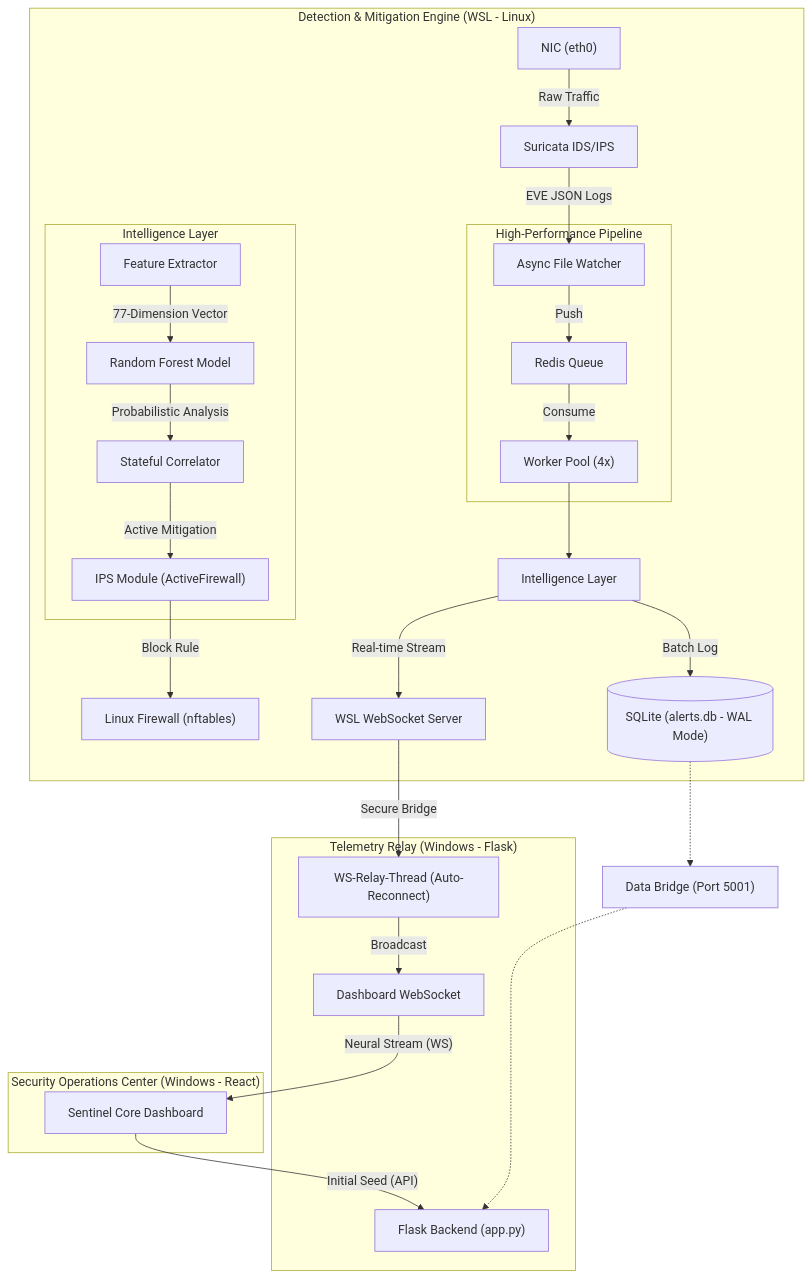
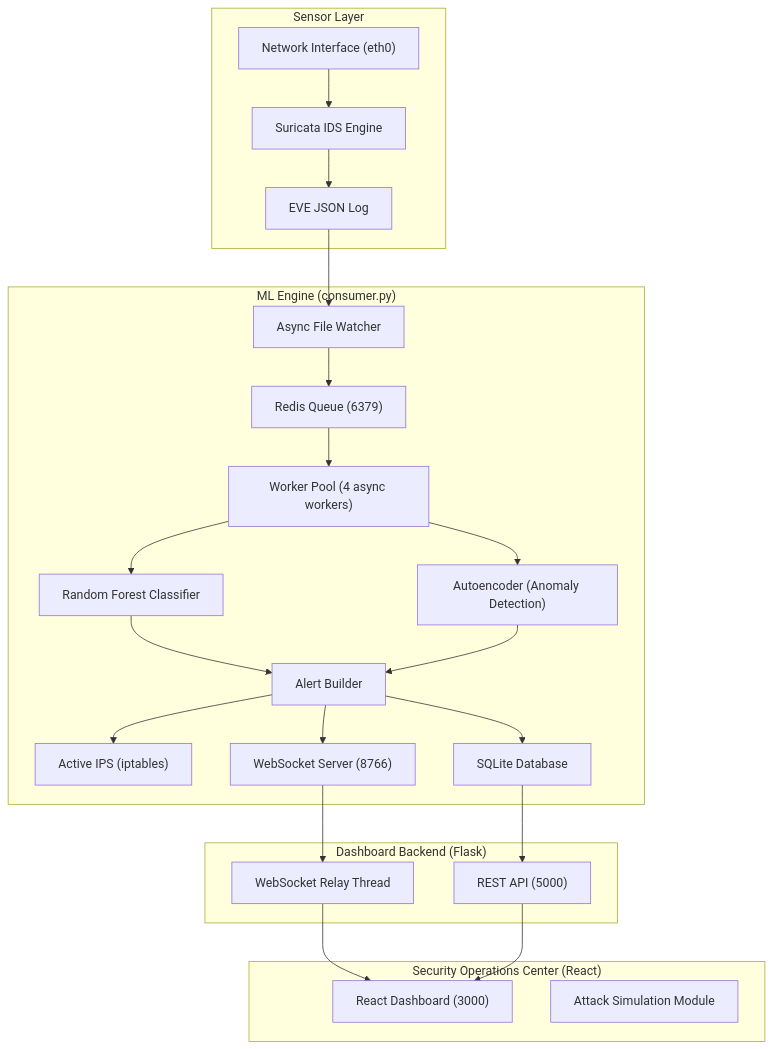
The diagram in SYSTEM_ARCHITECTURE.md (Priyadarshini-L-215/Hybrid-IDS-SDN), drawn with Mermaid before and after one commit. The commit also changed other lines of this file and 68 other files, not shown here.

Commit message:
refactor: unify build and execution flow by replacing platform-specific scripts with cross-platform shell utilities

````diff
--- a/SYSTEM_ARCHITECTURE.md
+++ b/SYSTEM_ARCHITECTURE.md
@@ -9,40 +7,48 @@
 ```mermaid
-graph TD
-    subgraph "Detection & Mitigation Engine (WSL - Linux)"
-        NIC["NIC (eth0)"] -- "Raw Traffic" --> Suricata["Suricata IDS/IPS"]
-        Suricata -- "EVE JSON Logs" --> Watcher["Async File Watcher"]
-        
-        subgraph "High-Performance Pipeline"
-            Watcher -- "Push" --> Redis["Redis Queue"]
-            Redis -- "Consume" --> Workers["Worker Pool (4x)"]
-        end
-
-        subgraph "Intelligence Layer"
-            FE["Feature Extractor"] -- "77-Dimension Vector" --> RF["Random Forest Model"]
-            RF -- "Probabilistic Analysis" --> SC["Stateful Correlator"]
-            SC -- "Active Mitigation" --> IPS["IPS Module (ActiveFirewall)"]
-        end
-
-        Workers --> Intelligence["Intelligence Layer"]
-        IPS -- "Block Rule" --> FW["Linux Firewall (nftables)"]
-        Intelligence -- "Batch Log" --> SQLite[("SQLite (alerts.db - WAL Mode)")]
-        Intelligence -- "Real-time Stream" --> WS_Server["WSL WebSocket Server"]
+graph TB
+    subgraph "Sensor Layer"
+        NIC["Network Interface (eth0)"]
+        Suricata["Suricata IDS Engine"]
+        EVE["EVE JSON Log"]
     end
 
-    subgraph "Telemetry Relay (Windows - Flask)"
-        Flask["Flask Backend (app.py)"]
-        Relay["WS-Relay-Thread (Auto-Reconnect)"]
-
-        WS_Server -- "Secure Bridge" --> Relay
-        Relay -- "Broadcast" --> Dash_WS["Dashboard WebSocket"]
+    subgraph "ML Engine (consumer.py)"
+        Watcher["Async File Watcher"]
+        Redis["Redis Queue (6379)"]
+        Workers["Worker Pool (4 async workers)"]
+        RF["Random Forest Classifier"]
+        AE["Autoencoder (Anomaly Detection)"]
+        Intelligence["Alert Builder"]
+        Firewall["Active IPS (iptables)"]
+        WS_Server["WebSocket Server (8766)"]
+        SQLite["SQLite Database"]
     end
 
-    subgraph "Security Operations Center (Windows - React)"
-        UI["Sentinel Core Dashboard"]
-        UI -- "Initial Seed (API)" --> Flask
-        Dash_WS -- "Neural Stream (WS)" --> UI
+    subgraph "Dashboard Backend (Flask)"
+        Relay["WebSocket Relay Thread"]
+        Flask_API["REST API (5000)"]
     end
 
-    SQLite -.-> Flask_API["Data Bridge (Port 5001)"]
-    Flask_API -.-> Flask
+    subgraph "Security Operations Center (React)"
+        Dashboard["React Dashboard (3000)"]
+        AttackLab["Attack Simulation Module"]
+    end
+
+    NIC --> Suricata
+    Suricata --> EVE
+    EVE --> Watcher
+    Watcher --> Redis
+    Redis --> Workers
+    Workers --> RF
+    Workers --> AE
+    RF --> Intelligence
+    AE --> Intelligence
+    Intelligence --> SQLite
+    Intelligence --> WS_Server
+    Intelligence --> Firewall
+
+    WS_Server --> Relay
+    Relay --> Dashboard
+    Flask_API --> Dashboard
+    SQLite --> Flask_API
 ```
````
